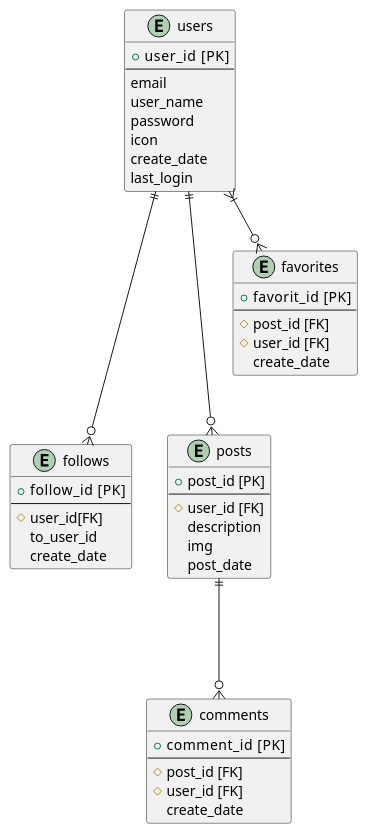
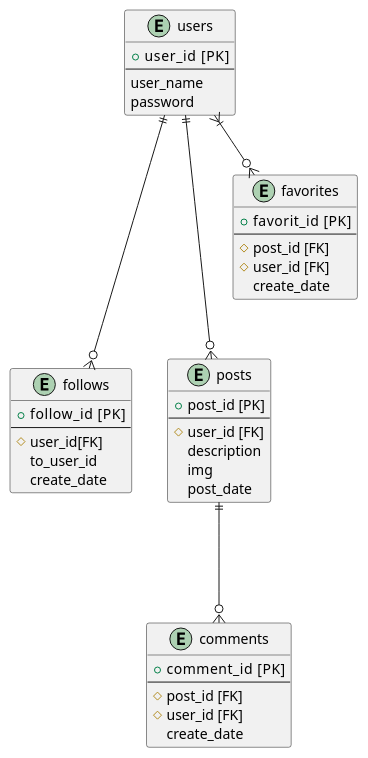
The diagram in document/er_diagram.mkd (gaiax/ginstagram-django), drawn with PlantUML before and after one commit. The commit also changed 7 other files, not shown here.

````diff
--- a/document/er_diagram.mkd
+++ b/document/er_diagram.mkd
@@ -1,55 +1,51 @@
 ```uml
 @startuml
           entity "users"  {
         + user_id   [PK]
         --
-        email
         user_name
         password
-        icon
-        create_date
-        last_login
     }
 
 
     entity "follows"  {
         + follow_id   [PK]
         --
         # user_id[FK]
         to_user_id
         create_date
     }
 
     entity "posts"  {
         + post_id [PK]
         --
         # user_id [FK]
         description
         img
         post_date
     }
 
     entity "favorites"  {
         + favorit_id   [PK]
         --
         # post_id [FK]
         # user_id [FK]
         create_date
     }
 
     entity "comments"  {
         + comment_id   [PK]
         --
         # post_id [FK]
         # user_id [FK]
         create_date
     }
 
 
 users ||---o{ follows
 users ||---o{ posts
 users }|--o{ favorites
 posts ||---o{ comments
 
 @enduml
 ```
````
